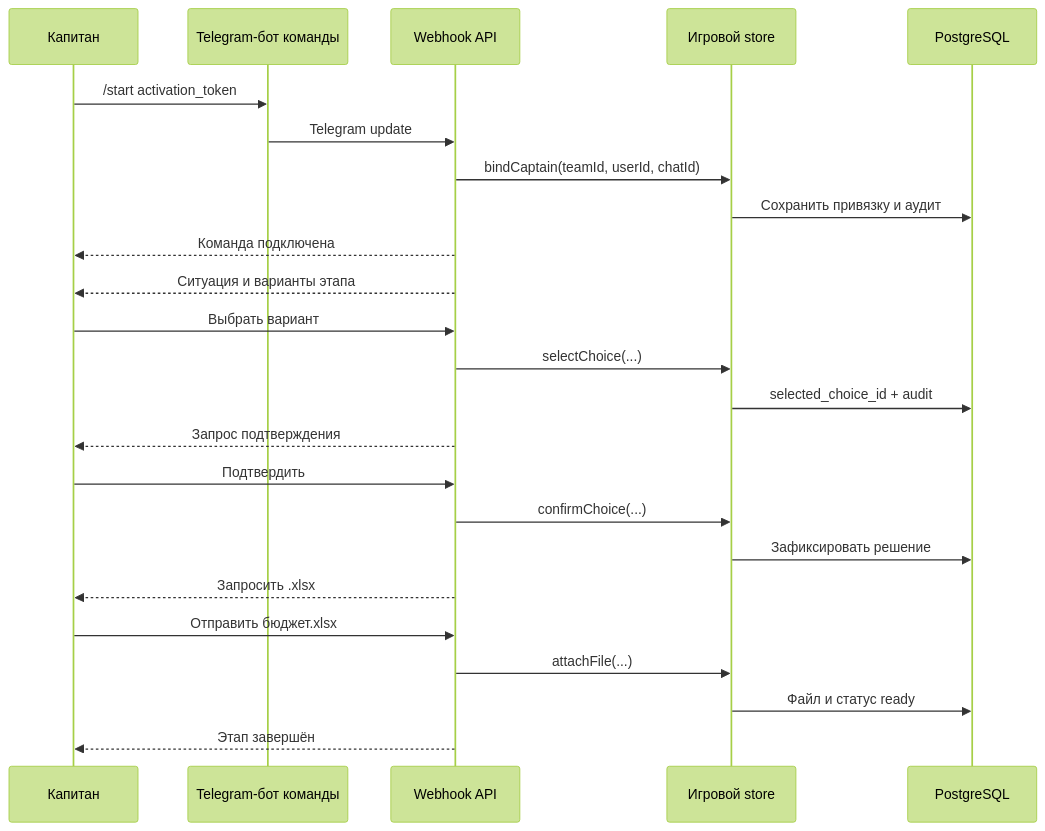
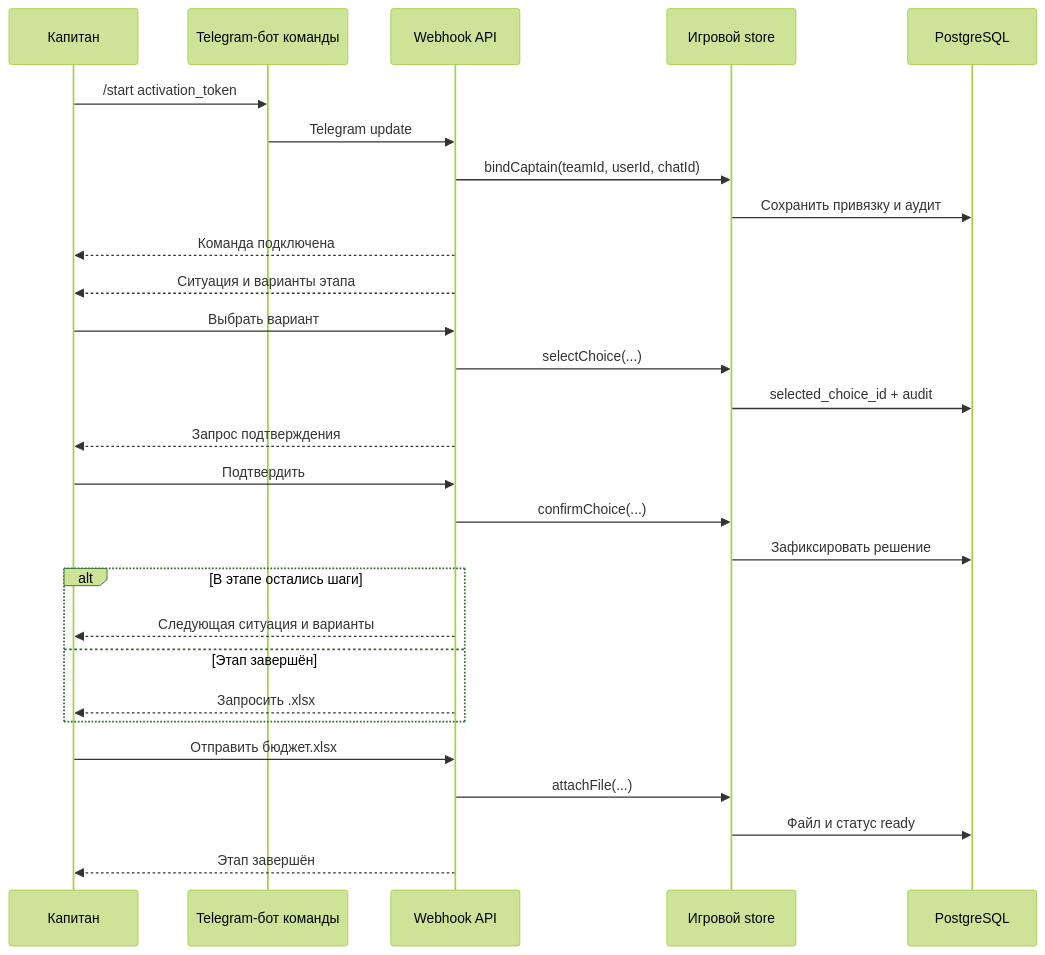
One commit to suezergut-sys/liga-liderov-bot changed the first of 3 diagrams in README.md. Above: the diagram before and after it, drawn with Mermaid (forest theme). The commit also changed other lines of this file and 17 other files, not shown here.

Commit message:
Add multi-step scenario flow

````diff
--- a/README.md
+++ b/README.md
@@ -51,27 +54,31 @@
 ```mermaid
 sequenceDiagram
     participant C as Капитан
     participant T as Telegram-бот команды
     participant W as Webhook API
     participant S as Игровой store
     participant D as PostgreSQL
 
     C->>T: /start activation_token
     T->>W: Telegram update
     W->>S: bindCaptain(teamId, userId, chatId)
     S->>D: Сохранить привязку и аудит
     W-->>C: Команда подключена
     W-->>C: Ситуация и варианты этапа
     C->>W: Выбрать вариант
     W->>S: selectChoice(...)
     S->>D: selected_choice_id + audit
     W-->>C: Запрос подтверждения
     C->>W: Подтвердить
     W->>S: confirmChoice(...)
     S->>D: Зафиксировать решение
-    W-->>C: Запросить .xlsx
+    alt В этапе остались шаги
+        W-->>C: Следующая ситуация и варианты
+    else Этап завершён
+        W-->>C: Запросить .xlsx
+    end
     C->>W: Отправить бюджет.xlsx
     W->>S: attachFile(...)
     S->>D: Файл и статус ready
     W-->>C: Этап завершён
 ```
````
